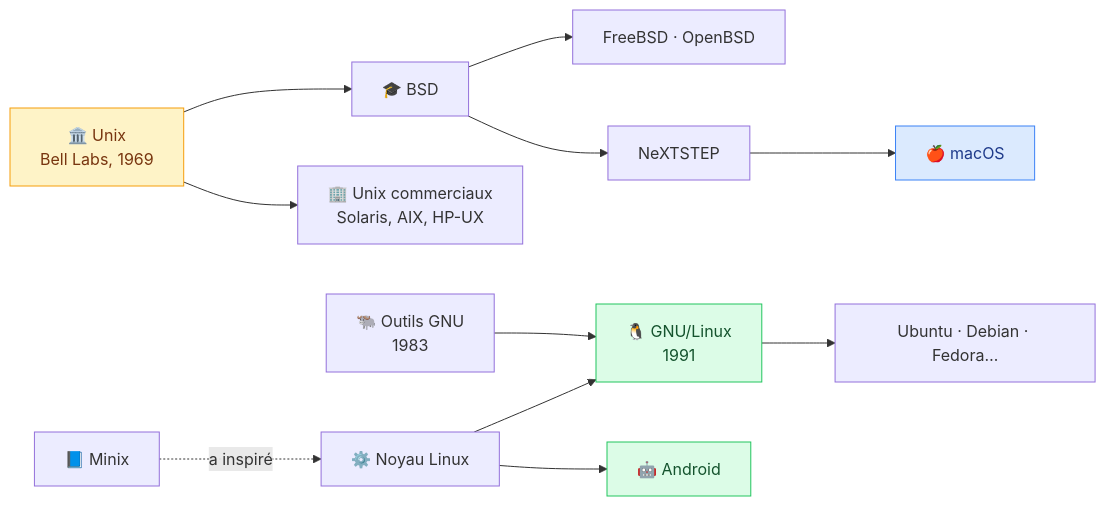
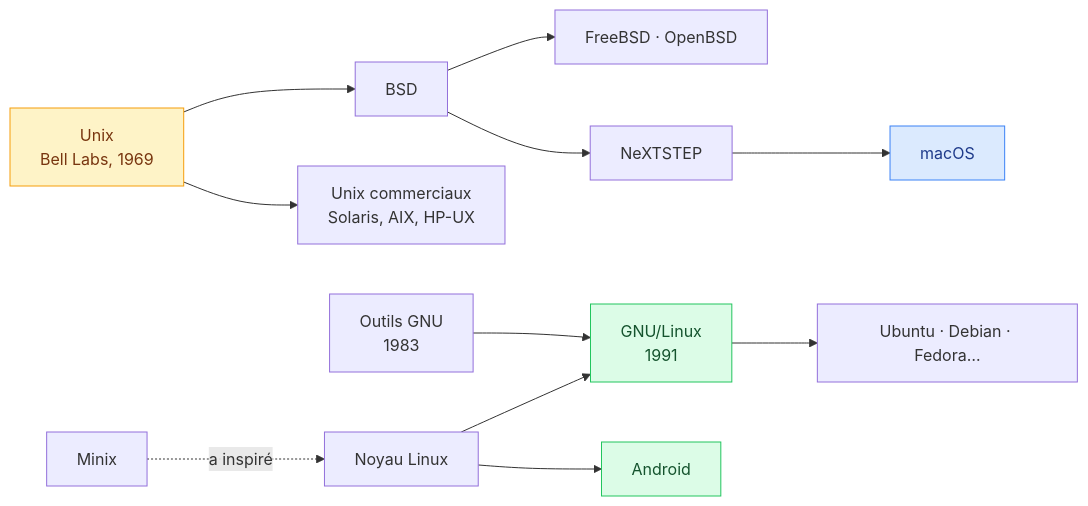
Before and after one commit to GoobyWoobies/HEIA-IT: the second of 5 diagrams in methodologie-securite-it/linux/01-introduction.md, drawn with Mermaid. The commit also changed other lines of this file and 24 other files, not shown here.

````diff
--- a/methodologie-securite-it/linux/01-introduction.md
+++ b/methodologie-securite-it/linux/01-introduction.md
@@ -96,17 +96,17 @@
 ```mermaid
 flowchart LR
-    U["🏛️ Unix<br/>Bell Labs, 1969"] --> BSD["🎓 BSD"]
-    U --> COM["🏢 Unix commerciaux<br/>Solaris, AIX, HP-UX"]
+    U["Unix<br/>Bell Labs, 1969"] --> BSD["BSD"]
+    U --> COM["Unix commerciaux<br/>Solaris, AIX, HP-UX"]
     BSD --> FBSD["FreeBSD · OpenBSD"]
-    BSD --> NX["NeXTSTEP"] --> MAC["🍎 macOS"]
-    GNU["🐃 Outils GNU<br/>1983"] --> GL["🐧 GNU/Linux<br/>1991"]
-    LIN["⚙️ Noyau Linux"] --> GL
-    MINIX["📘 Minix"] -.->|"a inspiré"| LIN
+    BSD --> NX["NeXTSTEP"] --> MAC["macOS"]
+    GNU["Outils GNU<br/>1983"] --> GL["GNU/Linux<br/>1991"]
+    LIN["Noyau Linux"] --> GL
+    MINIX["Minix"] -.->|"a inspiré"| LIN
     GL --> D["Ubuntu · Debian · Fedora…"]
-    LIN --> AND["🤖 Android"]
+    LIN --> AND["Android"]
 
     style U fill:#fef3c7,stroke:#f59e0b,color:#78350f
     style GL fill:#dcfce7,stroke:#22c55e,color:#14532d
     style MAC fill:#dbeafe,stroke:#3b82f6,color:#1e3a8a
     style AND fill:#dcfce7,stroke:#22c55e,color:#14532d
 ```
````
